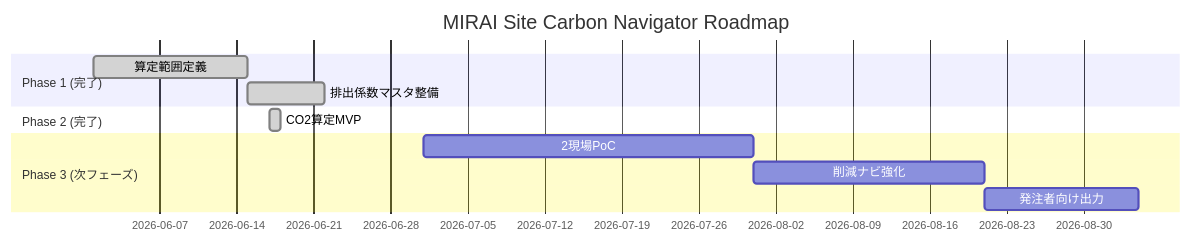
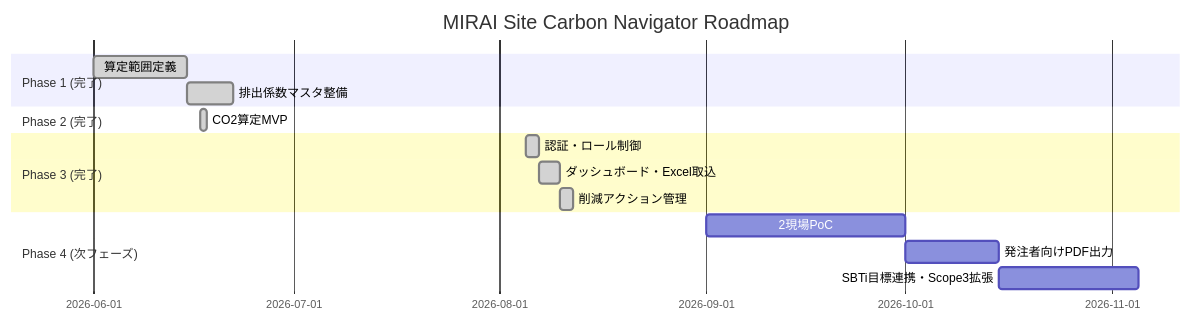
The second of 2 diagrams in README.md (Kensan196948G/MIRAI_Site_Carbon_Navigator), drawn with Mermaid before and after one commit. The commit also changed other lines of this file and 29 other files, not shown here.

Commit message:
feat: 認証・ロール制御/CRUD/監査/算定強化/ダッシュボード/Excel取込/削減アクションを実装し90テスト通過

````diff
--- a/README.md
+++ b/README.md
@@ -138,14 +172,18 @@
 ```mermaid
 gantt
   title MIRAI Site Carbon Navigator Roadmap
   dateFormat YYYY-MM-DD
   section Phase 1 (完了)
   算定範囲定義             :done, a1, 2026-06-01, 14d
   排出係数マスタ整備       :done, a2, after a1, 7d
   section Phase 2 (完了)
   CO2算定MVP              :done, b1, 2026-06-17, 1d
-  section Phase 3 (次フェーズ)
-  2現場PoC                :c1, 2026-07-01, 30d
-  削減ナビ強化             :c2, after c1, 21d
-  発注者向け出力           :c3, after c2, 14d
+  section Phase 3 (完了)
+  認証・ロール制御         :done, c1, 2026-08-05, 2d
+  ダッシュボード・Excel取込 :done, c2, after c1, 3d
+  削減アクション管理       :done, c3, after c2, 2d
+  section Phase 4 (次フェーズ)
+  2現場PoC                :d1, 2026-09-01, 30d
+  発注者向けPDF出力        :d2, after d1, 14d
+  SBTi目標連携・Scope3拡張 :d3, after d2, 21d
 ```
````
